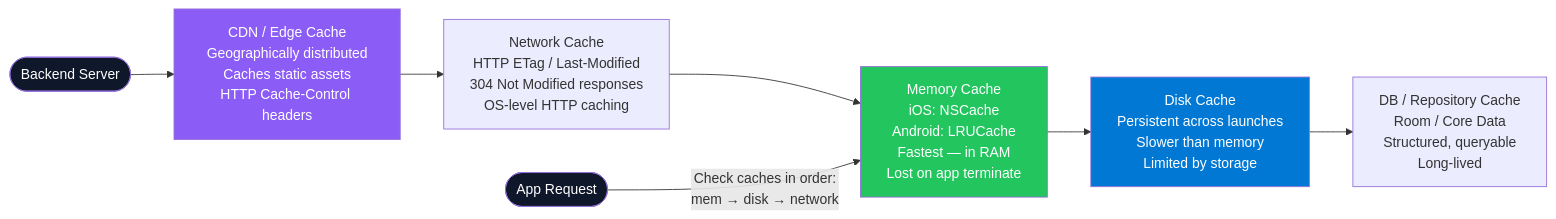
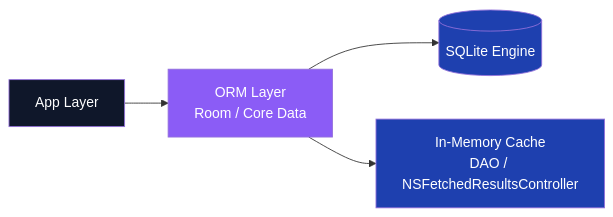
Before and after one commit to rajaghosh/InterviewPrep: the second of 16 diagrams in Architechture-Concepts/Description-Mobile-Complete.md, drawn with Mermaid. The commit also changed other lines of this file and 240 other files, not shown here.

````diff
--- a/Architechture-Concepts/Description-Mobile-Complete.md
+++ b/Architechture-Concepts/Description-Mobile-Complete.md
@@ -440,16 +94,13 @@
 ```mermaid
 flowchart LR
-    SERVER(["Backend Server"]) --> CDN["CDN / Edge Cache\nGeographically distributed\nCaches static assets\nHTTP Cache-Control headers"]
-    CDN --> NET["Network Cache\nHTTP ETag / Last-Modified\n304 Not Modified responses\nOS-level HTTP caching"]
-    NET --> MEM["Memory Cache\niOS: NSCache\nAndroid: LRUCache\nFastest — in RAM\nLost on app terminate"]
-    MEM --> DISK["Disk Cache\nPersistent across launches\nSlower than memory\nLimited by storage"]
-    DISK --> DB_CACHE["DB / Repository Cache\nRoom / Core Data\nStructured, queryable\nLong-lived"]
+    App["App Layer"] --> ORM["ORM Layer<br>Room / Core Data"]
+    ORM --> SQLite[("SQLite Engine")]
+    ORM --> Cache["In-Memory Cache<br>DAO / NSFetchedResultsController"]
 
-    APP(["App Request"]) -->|"Check caches in order:\nmem → disk → network"| MEM
-
-    style CDN fill:#8b5cf6,color:#fff
-    style MEM fill:#22c55e,color:#fff
-    style DISK fill:#0078D4,color:#fff
-    style SERVER fill:#0f172a,color:#fff
-    style APP fill:#0f172a,color:#fff
+    classDef app fill:#0f172a,color:#fff
+    classDef orm fill:#8b5cf6,color:#fff
+    classDef db fill:#1e40af,color:#fff
+    class App app
+    class ORM orm
+    class SQLite,Cache db
 ```
````
